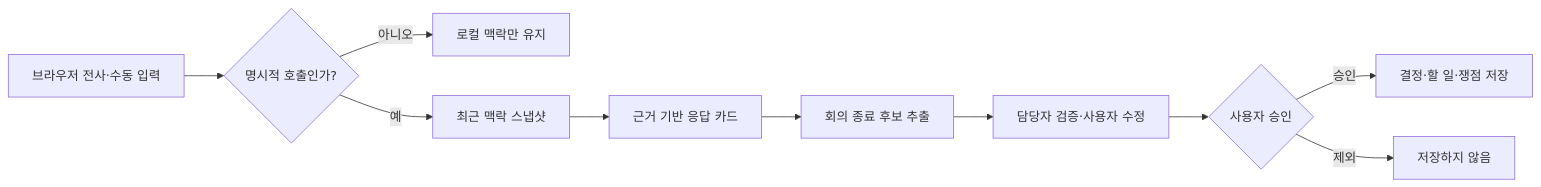
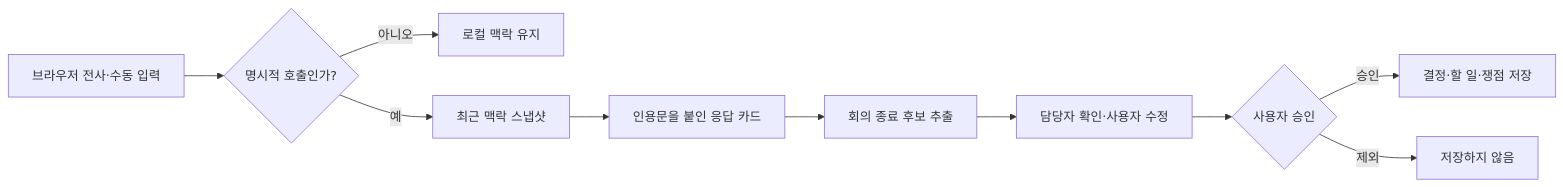
The diagram in README.md (woorivermountain/meeting-copilot), drawn with Mermaid before and after one commit. The commit also changed other lines of this file, not shown here.

Commit message:
docs: improve reading flow and clarify implementation scope

````diff
--- a/README.md
+++ b/README.md
@@ -39,12 +51,12 @@
 ```mermaid
 flowchart LR
   A[브라우저 전사·수동 입력] --> B{명시적 호출인가?}
-  B -- 아니오 --> C[로컬 맥락만 유지]
+  B -- 아니오 --> C[로컬 맥락 유지]
   B -- 예 --> D[최근 맥락 스냅샷]
-  D --> E[근거 기반 응답 카드]
+  D --> E[인용문을 붙인 응답 카드]
   E --> F[회의 종료 후보 추출]
-  F --> G[담당자 검증·사용자 수정]
+  F --> G[담당자 확인·사용자 수정]
   G --> H{사용자 승인}
   H -- 승인 --> I[결정·할 일·쟁점 저장]
   H -- 제외 --> J[저장하지 않음]
 ```
````
